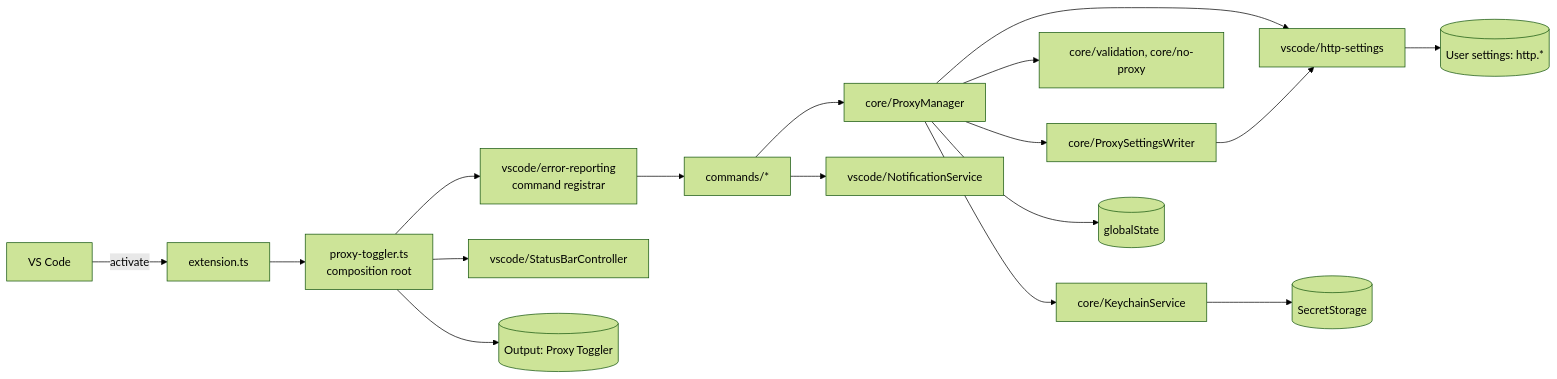
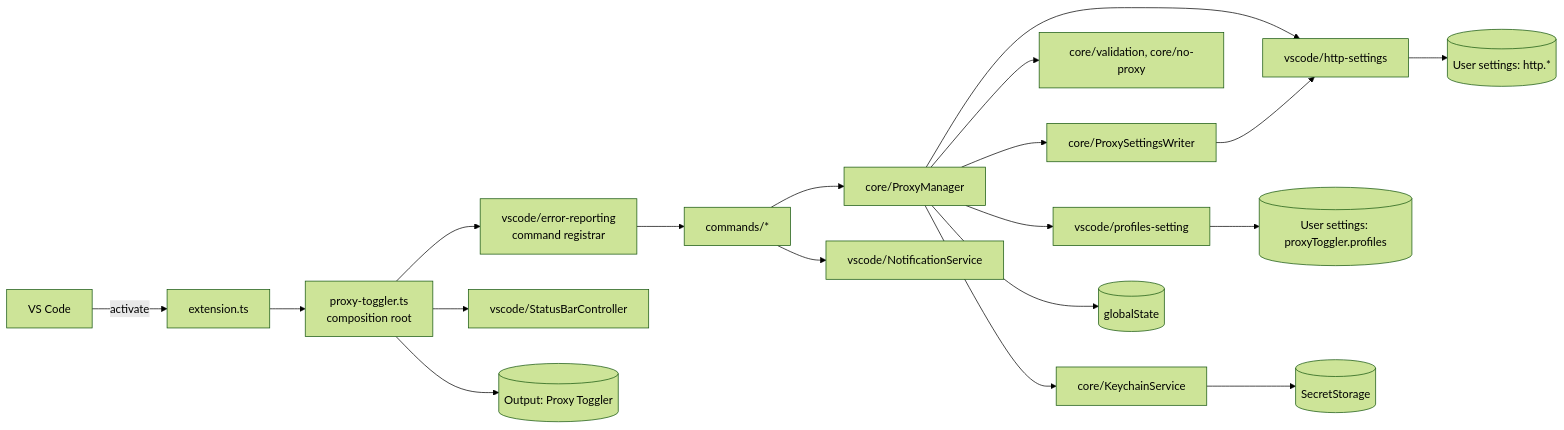
The diagram in ARCHITECTURE.md (bluecloud-dev/proxy-toggler), drawn with Mermaid (forest theme) before and after one commit. The commit also changed other lines of this file and 17 other files, not shown here.

First line of the commit message:
feat: drive the toggle from proxy profiles

````diff
--- a/ARCHITECTURE.md
+++ b/ARCHITECTURE.md
@@ -32,19 +33,21 @@
 ```mermaid
 flowchart LR
   vscodeHost["VS Code"] -->|activate| extension["extension.ts"]
   extension --> root["proxy-toggler.ts<br/>composition root"]
   root --> registrar["vscode/error-reporting<br/>command registrar"]
   registrar --> commands["commands/*"]
   commands --> manager["core/ProxyManager"]
   commands --> notifications["vscode/NotificationService"]
   manager --> keychain["core/KeychainService"]
   manager --> validation["core/validation, core/no-proxy"]
   manager --> writer["core/ProxySettingsWriter"]
   manager --> httpSettings["vscode/http-settings"]
+  manager --> profilesSetting["vscode/profiles-setting"]
   writer --> httpSettings
+  profilesSetting --> profiles[("User settings: proxyToggler.profiles")]
   keychain --> secrets[("SecretStorage")]
   manager --> state[("globalState")]
   httpSettings --> settings[("User settings: http.*")]
   root --> statusBar["vscode/StatusBarController"]
   root --> logger[("Output: Proxy Toggler")]
 ```
````
